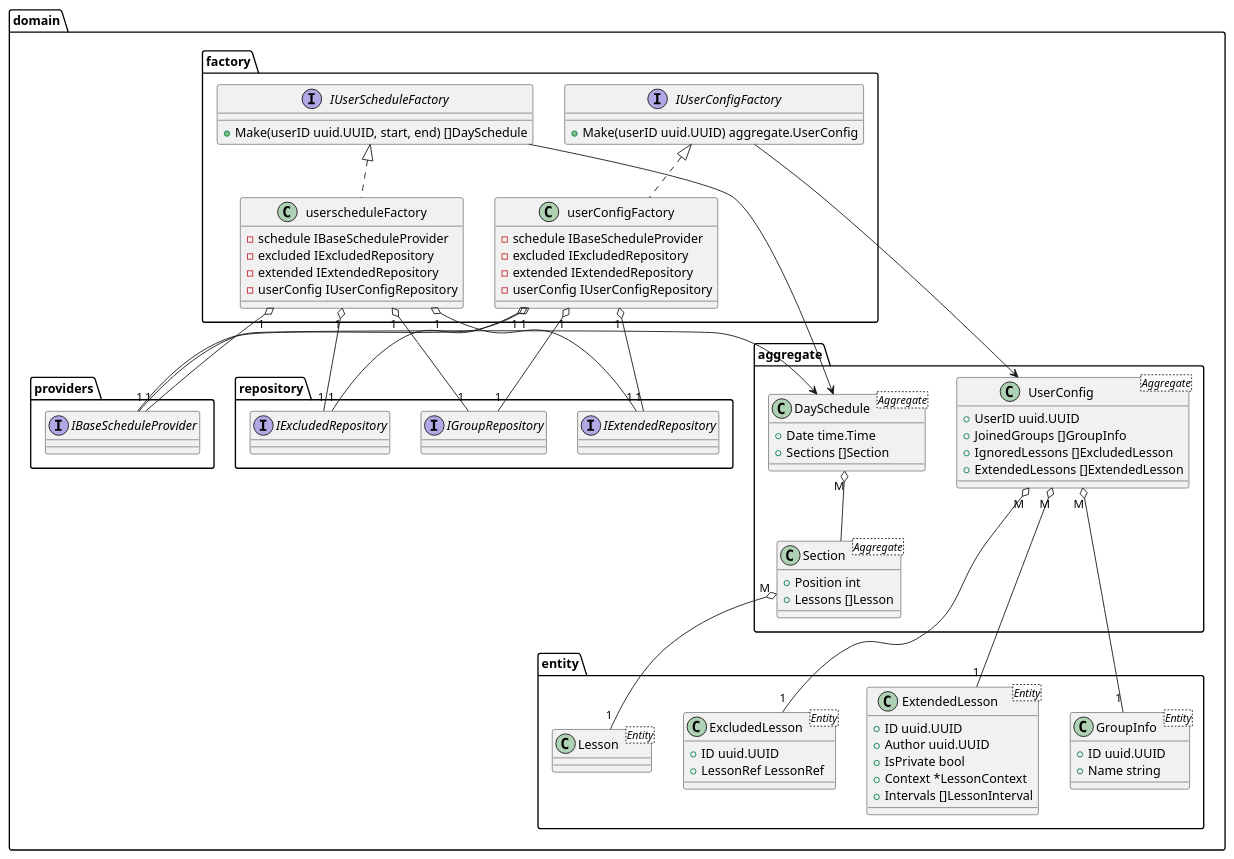
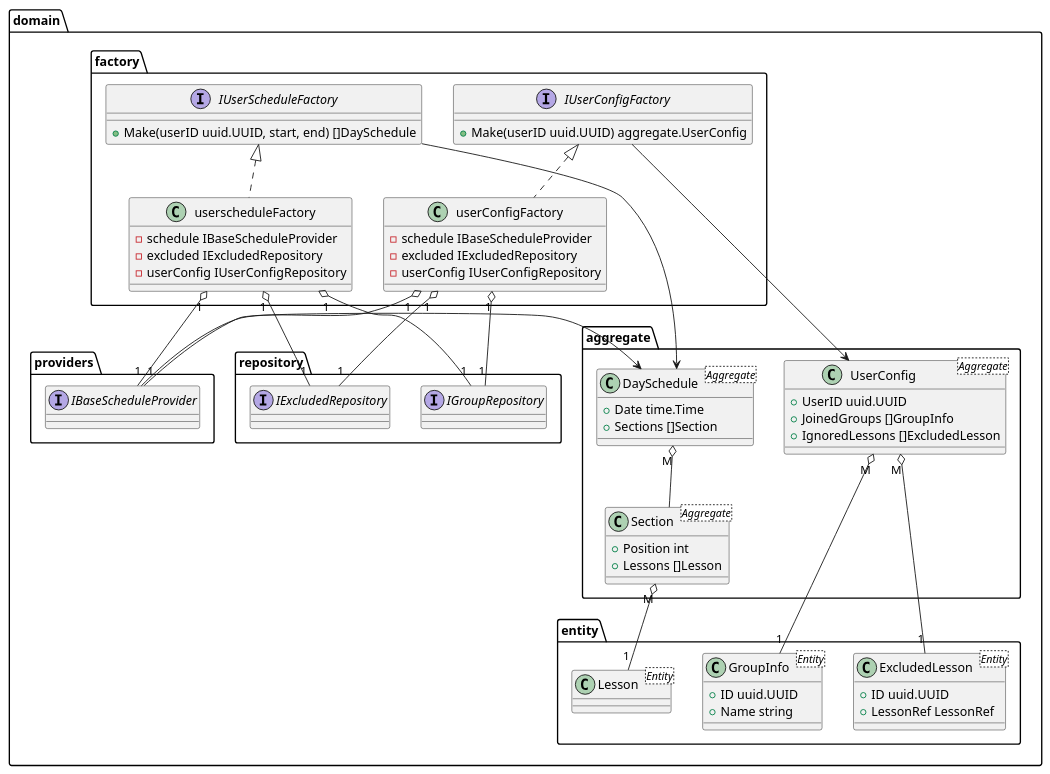
Before and after one commit to tellmeac/ExtendedSchedule: the diagram in ExtendedSchedule/docs/domain.puml, drawn with PlantUML. The commit also changed 15 other files, not shown here.

```diff
--- a/ExtendedSchedule/docs/domain.puml
+++ b/ExtendedSchedule/docs/domain.puml
@@ -1,111 +1,94 @@
 @startuml EntityDiagram
 
 namespace domain {
     namespace entity {
         class Lesson <Entity> {
 
         }
 
         class ExcludedLesson <Entity> {
             +ID uuid.UUID
             +LessonRef LessonRef
         }
 
-        class ExtendedLesson <Entity> {
-            +ID uuid.UUID
-            +Author uuid.UUID
-            +IsPrivate bool
-            +Context *LessonContext
-            +Intervals []LessonInterval
-        }
-
         class GroupInfo <Entity> {
             + ID uuid.UUID
             + Name string
         }
     }
 
     namespace aggregate {
         class UserConfig <Aggregate> {
             +UserID uuid.UUID
             +JoinedGroups []GroupInfo
             +IgnoredLessons []ExcludedLesson
-            +ExtendedLessons []ExtendedLesson
         }
 
         class DaySchedule <Aggregate> {
             +Date time.Time
             +Sections []Section
         }
 
         class Section <Aggregate> {
             +Position int
             +Lessons []Lesson
         }
 
         DaySchedule "M" o-- Section
         Section "M" o-- "1" domain.entity.Lesson
     }
 
     domain.aggregate.UserConfig "M" o-- "1" domain.entity.ExcludedLesson
-    domain.aggregate.UserConfig "M" o-- "1" domain.entity.ExtendedLesson
     domain.aggregate.UserConfig "M" o-- "1" domain.entity.GroupInfo
 
     namespace repository {
         interface IExcludedRepository {
-        }
-
-        interface IExtendedRepository {
         }
 
         interface IGroupRepository {
         }
     }
 
     namespace providers {
         interface IBaseScheduleProvider {
         }
 
         IBaseScheduleProvider --r-> domain.aggregate.DaySchedule
     }
 
     namespace factory {
         interface IUserConfigFactory {
             +Make(userID uuid.UUID) aggregate.UserConfig
         }
 
         IUserConfigFactory --> domain.aggregate.UserConfig
 
         class userConfigFactory implements IUserConfigFactory {
             -schedule IBaseScheduleProvider
             -excluded IExcludedRepository
-            -extended IExtendedRepository
             -userConfig IUserConfigRepository
         }
 
         userConfigFactory "1" o-- "1" domain.repository.IExcludedRepository
-        userConfigFactory "1" o-- "1" domain.repository.IExtendedRepository
         userConfigFactory "1" o-- "1" domain.repository.IGroupRepository
         userConfigFactory "1" o-- "1" domain.providers.IBaseScheduleProvider
 
         interface IUserScheduleFactory {
             +Make(userID uuid.UUID, start, end) []DaySchedule
         }
 
         IUserScheduleFactory --> domain.aggregate.DaySchedule
 
         class userscheduleFactory implements IUserScheduleFactory {
             -schedule IBaseScheduleProvider
             -excluded IExcludedRepository
-            -extended IExtendedRepository
             -userConfig IUserConfigRepository
         }
 
         userscheduleFactory "1" o-- "1" domain.repository.IExcludedRepository
-        userscheduleFactory "1" o-- "1" domain.repository.IExtendedRepository
         userscheduleFactory "1" o-- "1" domain.repository.IGroupRepository
         userscheduleFactory "1" o-- "1" domain.providers.IBaseScheduleProvider
     }
 }
 
 @enduml
```
